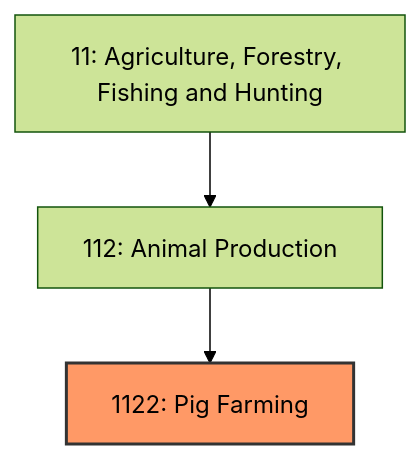
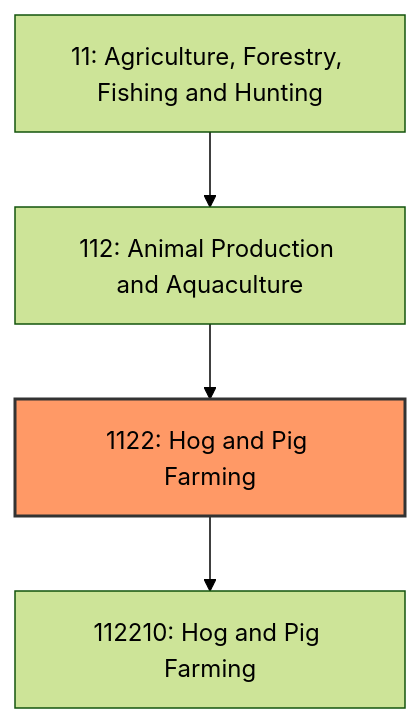
Before and after one commit to kziemski/business.org.ai: the first of 3 diagrams in industries/Agriculture/AnimalProduction/PigFarming.mdx, drawn with Mermaid (forest theme). The commit also changed other lines of this file and 19 other files, not shown here.

First line of the commit message:
feat: enrich industry files and add sequence diagrams to processes

````diff
--- a/industries/Agriculture/AnimalProduction/PigFarming.mdx
+++ b/industries/Agriculture/AnimalProduction/PigFarming.mdx
@@ -20,7 +35,8 @@
 ```mermaid
 graph TD
     S11["11: Agriculture, Forestry, Fishing and Hunting"]
-    S11 --> N112["112: Animal Production"]
-    N112 --> N1122["1122: Pig Farming"]
+    S11 --> N112["112: Animal Production and Aquaculture"]
+    N112 --> N1122["1122: Hog and Pig Farming"]
     style N1122 fill:#f96,stroke:#333,stroke-width:2px
+    N1122 --> N11221["112210: Hog and Pig Farming"]
 ```
````
